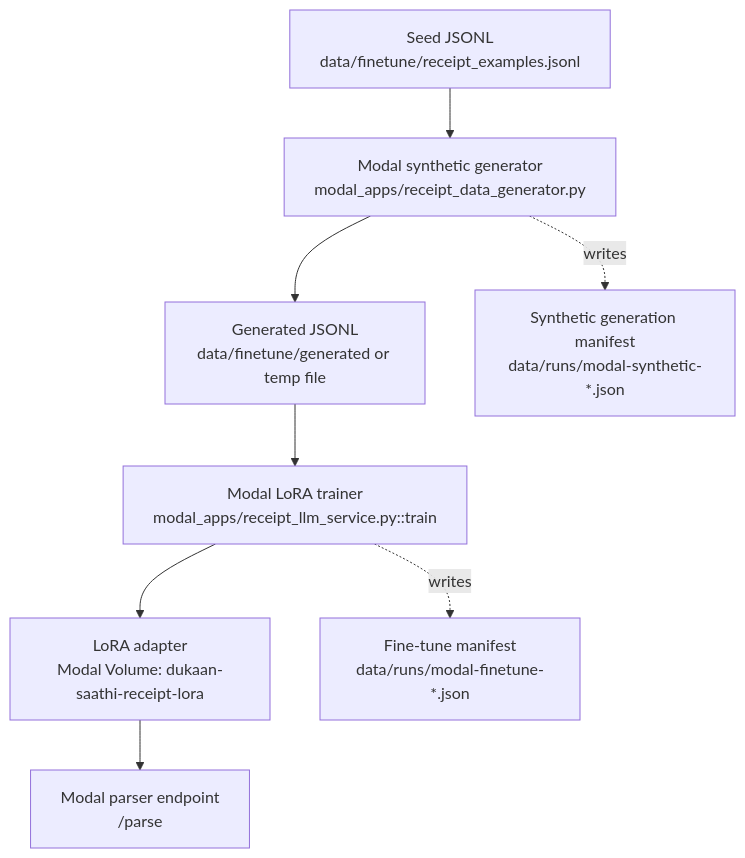
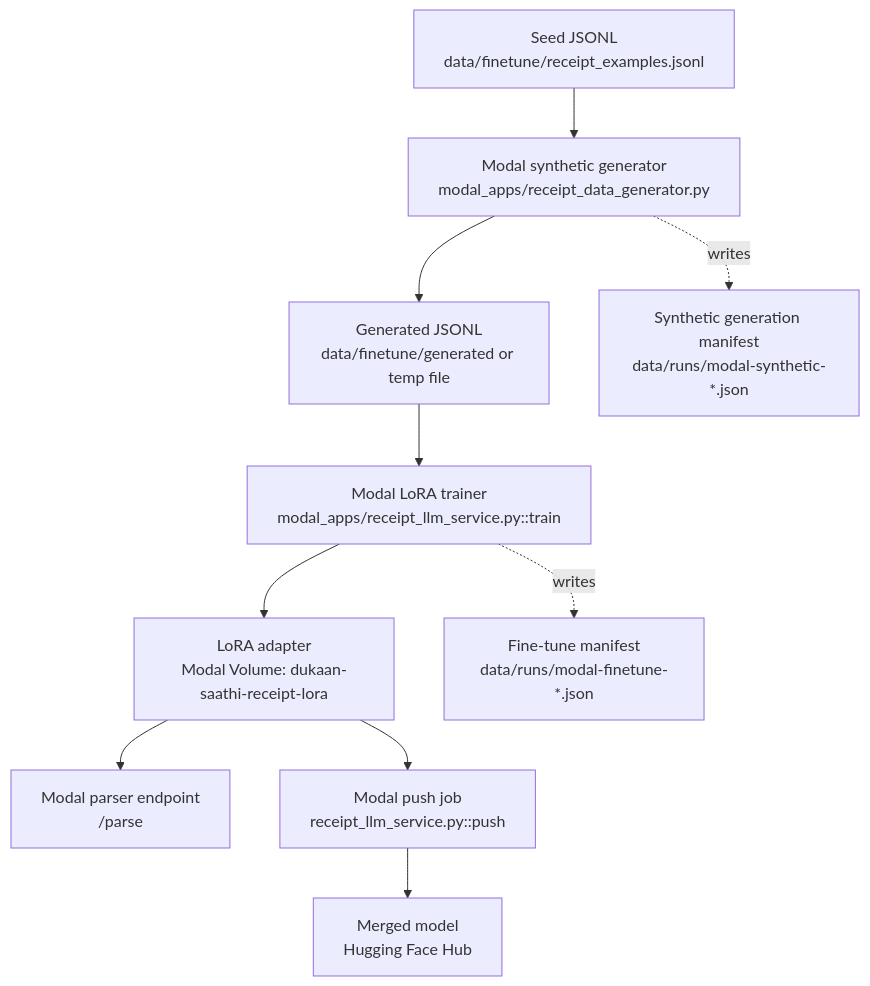
The first of 2 diagrams in docs/pipeline_traceability.md (Zappandy/Small_Inventory_Agent), drawn with Mermaid before and after one commit. The commit also changed other lines of this file and 13 other files, not shown here.

````diff
--- a/docs/pipeline_traceability.md
+++ b/docs/pipeline_traceability.md
@@ -9,11 +10,13 @@
 ```mermaid
 flowchart TD
   A[Seed JSONL<br/>data/finetune/receipt_examples.jsonl] --> B[Modal synthetic generator<br/>modal_apps/receipt_data_generator.py]
   B --> C[Generated JSONL<br/>data/finetune/generated or temp file]
   C --> D[Modal LoRA trainer<br/>modal_apps/receipt_llm_service.py::train]
   D --> E[LoRA adapter<br/>Modal Volume: dukaan-saathi-receipt-lora]
   E --> F[Modal parser endpoint<br/>/parse]
+  E --> G[Modal push job<br/>receipt_llm_service.py::push]
+  G --> H[Merged model<br/>Hugging Face Hub]
 
-  B -. writes .-> G[Synthetic generation manifest<br/>data/runs/modal-synthetic-*.json]
-  D -. writes .-> H[Fine-tune manifest<br/>data/runs/modal-finetune-*.json]
+  B -. writes .-> I[Synthetic generation manifest<br/>data/runs/modal-synthetic-*.json]
+  D -. writes .-> J[Fine-tune manifest<br/>data/runs/modal-finetune-*.json]
 ```
````
